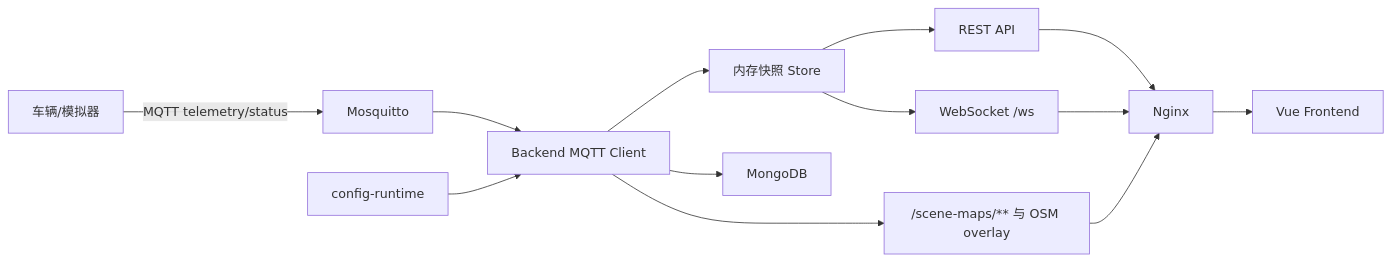
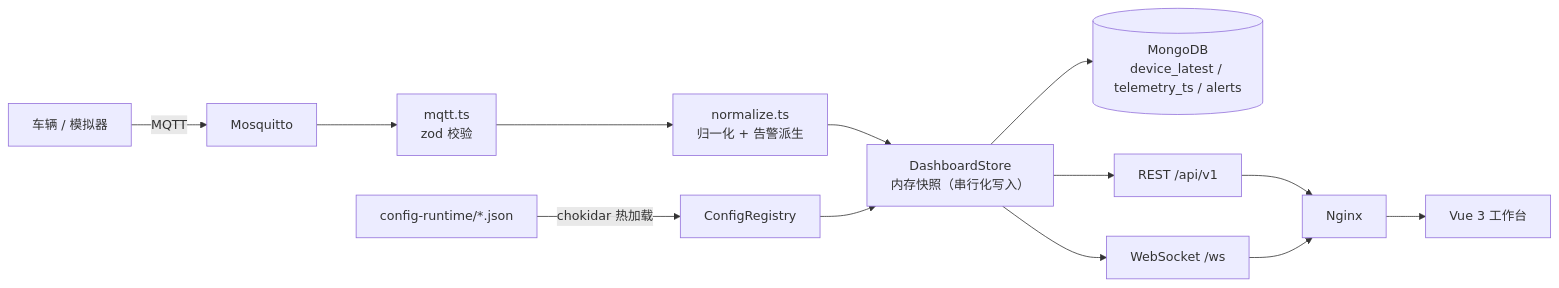
Before and after one commit to yezhoufan2005/NavFleet: the diagram in README.md, drawn with Mermaid. The commit also changed other lines of this file and 3 other files, not shown here.

````diff
--- a/README.md
+++ b/README.md
@@ -121,15 +66,15 @@
 ```mermaid
 flowchart LR
-  Vehicle["车辆/模拟器"] -->|MQTT telemetry/status| Broker["Mosquitto"]
-  Broker --> Backend["Backend MQTT Client"]
-  Backend --> Store["内存快照 Store"]
-  Backend --> Mongo["MongoDB"]
-  Store --> REST["REST API"]
-  Store --> WS["WebSocket /ws"]
-  Config["config-runtime"] --> Backend
-  Backend --> Maps["/scene-maps/** 与 OSM overlay"]
-  REST --> Nginx["Nginx"]
-  WS --> Nginx
-  Maps --> Nginx
-  Nginx --> Frontend["Vue Frontend"]
+  Vehicle["车辆 / 模拟器"] -->|MQTT| Broker["Mosquitto"]
+  Broker --> Ingest["mqtt.ts<br/>zod 校验"]
+  Ingest --> Normalize["normalize.ts<br/>归一化 + 告警派生"]
+  Normalize --> Store["DashboardStore<br/>内存快照（串行化写入）"]
+  Store --> Mongo[("MongoDB<br/>device_latest / telemetry_ts / alerts")]
+  Config["config-runtime/*.json"] -->|chokidar 热加载| Registry["ConfigRegistry"]
+  Registry --> Store
+  Store --> Rest["REST /api/v1"]
+  Store --> Ws["WebSocket /ws"]
+  Rest --> Nginx["Nginx"]
+  Ws --> Nginx
+  Nginx --> Frontend["Vue 3 工作台"]
 ```
````
